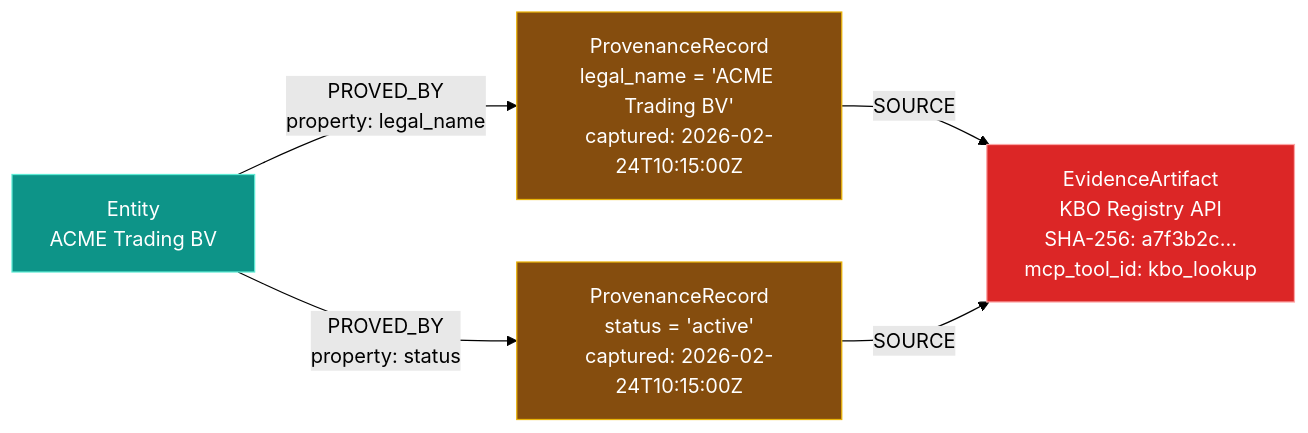
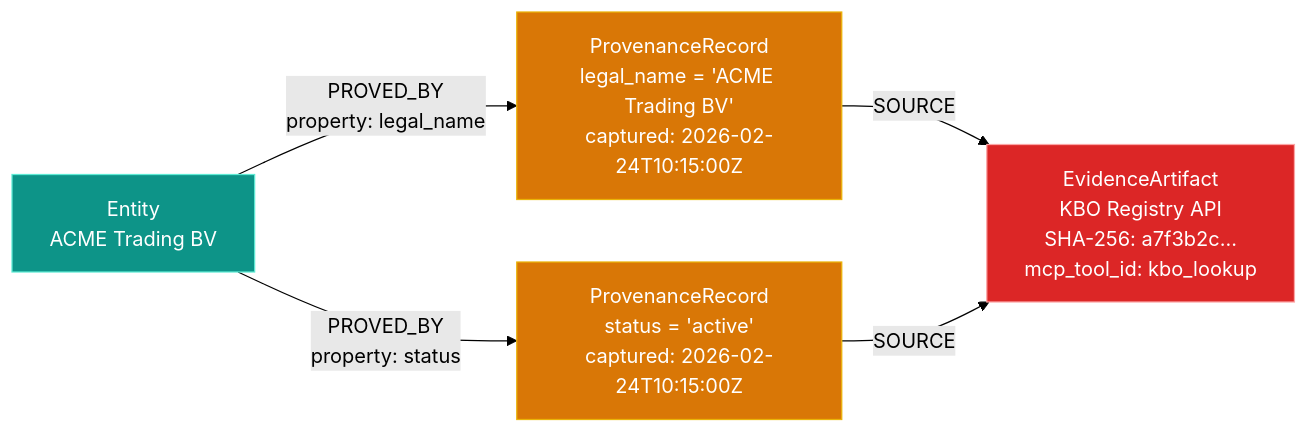
The second of 6 diagrams in docs/architecture/ontology-layer.md (Tsunami-max/trust-relay-docs), drawn with Mermaid (forest theme) before and after one commit. The commit also changed other lines of this file and 24 other files, not shown here.

````diff
--- a/docs/architecture/ontology-layer.md
+++ b/docs/architecture/ontology-layer.md
@@ -107,15 +107,15 @@
 ```mermaid
 graph LR
     E["Entity<br/>ACME Trading BV"]
 
     E -->|"PROVED_BY<br/>property: legal_name"| PR1["ProvenanceRecord<br/>legal_name = 'ACME Trading BV'<br/>captured: 2026-02-24T10:15:00Z"]
     E -->|"PROVED_BY<br/>property: status"| PR2["ProvenanceRecord<br/>status = 'active'<br/>captured: 2026-02-24T10:15:00Z"]
 
     PR1 -->|SOURCE| EA["EvidenceArtifact<br/>KBO Registry API<br/>SHA-256: a7f3b2c...<br/>mcp_tool_id: kbo_lookup"]
     PR2 -->|SOURCE| EA
 
     style E fill:#0d9488,stroke:#5eead4,color:#fff
-    style PR1 fill:#854d0e,stroke:#eab308,color:#fff
-    style PR2 fill:#854d0e,stroke:#eab308,color:#fff
+    style PR1 fill:#d97706,stroke:#eab308,color:#fff
+    style PR2 fill:#d97706,stroke:#eab308,color:#fff
     style EA fill:#dc2626,stroke:#fca5a5,color:#fff
 ```
````
